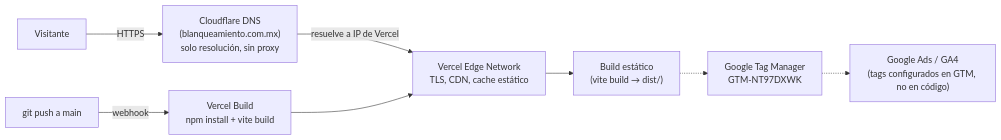
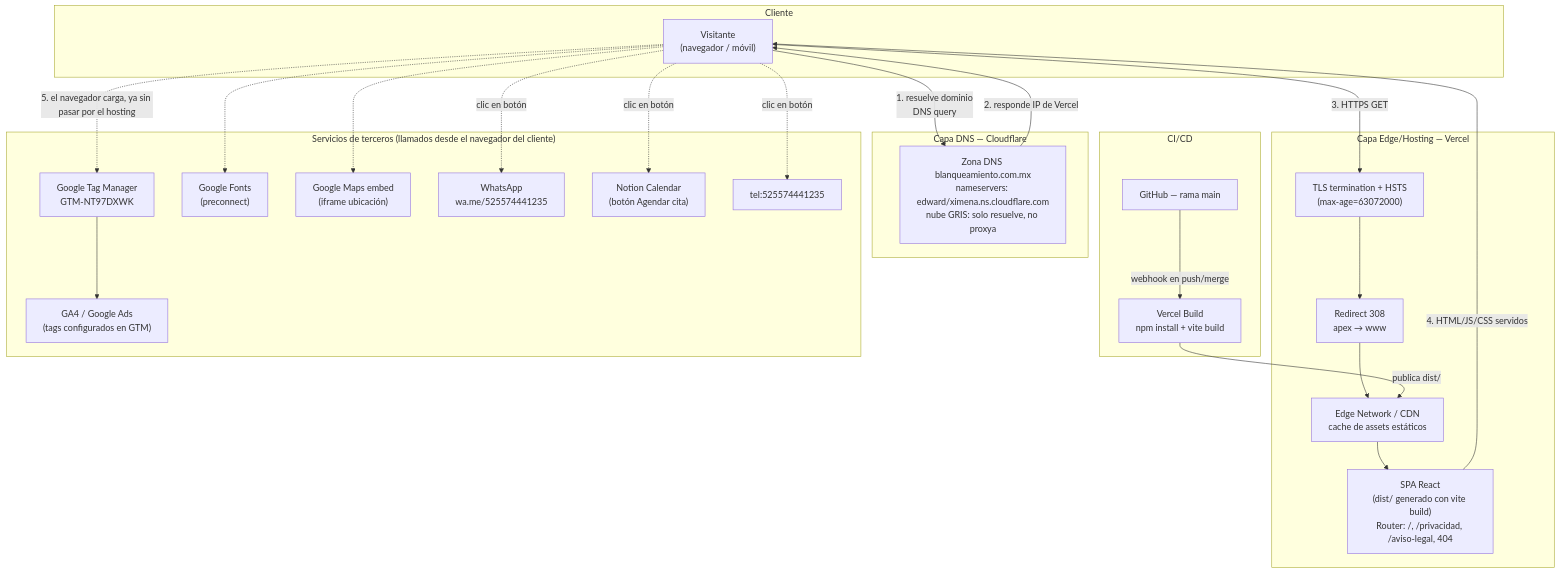
The diagram in README.md (victor117-byte/Blanqueamiento), drawn with Mermaid before and after one commit. The commit also changed other lines of this file, not shown here.

Commit message:
docs: agrega diagrama detallado de arquitectura y flujo de tráfico al README

````diff
--- a/README.md
+++ b/README.md
@@ -39,12 +41,45 @@
 ```mermaid
-flowchart LR
-    U["Visitante"] -->|HTTPS| DNS["Cloudflare DNS\n(blanqueamiento.com.mx)\nsolo resolución, sin proxy"]
-    DNS -->|resuelve a IP de Vercel| EDGE["Vercel Edge Network\nTLS, CDN, cache estático"]
-    EDGE --> STATIC["Build estático\n(vite build → dist/)"]
+flowchart TB
+    subgraph CLIENT["Cliente"]
+        U["Visitante\n(navegador / móvil)"]
+    end
 
-    DEV["git push a main"] -->|webhook| BUILD["Vercel Build\nnpm install + vite build"]
-    BUILD --> EDGE
+    subgraph CFZ["Capa DNS — Cloudflare"]
+        DNS["Zona DNS blanqueamiento.com.mx\nnameservers: edward/ximena.ns.cloudflare.com\nnube GRIS: solo resuelve, no proxya"]
+    end
 
-    STATIC -.-> GTM["Google Tag Manager\nGTM-NT97DXWK"]
-    GTM -.-> GA["Google Ads / GA4\n(tags configurados en GTM, no en código)"]
+    subgraph VERCEL["Capa Edge/Hosting — Vercel"]
+        TLS["TLS termination + HSTS\n(max-age=63072000)"]
+        REDIR["Redirect 308\napex → www"]
+        EDGE["Edge Network / CDN\ncache de assets estáticos"]
+        APP["SPA React\n(dist/ generado con vite build)\nRouter: /, /privacidad, /aviso-legal, 404"]
+        TLS --> REDIR --> EDGE --> APP
+    end
+
+    subgraph CICD["CI/CD"]
+        GH["GitHub — rama main"] -->|webhook en push/merge| BUILD["Vercel Build\nnpm install + vite build"]
+        BUILD -->|publica dist/| EDGE
+    end
+
+    subgraph THIRD["Servicios de terceros (llamados desde el navegador del cliente)"]
+        GTM["Google Tag Manager\nGTM-NT97DXWK"]
+        GA["GA4 / Google Ads\n(tags configurados en GTM)"]
+        FONTS["Google Fonts\n(preconnect)"]
+        MAPS["Google Maps embed\n(iframe ubicación)"]
+        WA["WhatsApp\nwa.me/525574441235"]
+        CAL["Notion Calendar\n(botón Agendar cita)"]
+        TEL["tel:525574441235"]
+        GTM --> GA
+    end
+
+    U -->|1. resuelve dominio\nDNS query| DNS
+    DNS -->|2. responde IP de Vercel| U
+    U -->|3. HTTPS GET| TLS
+    APP -->|4. HTML/JS/CSS servidos| U
+    U -.->|5. el navegador carga, ya sin pasar por el hosting| GTM
+    U -.-> FONTS
+    U -.-> MAPS
+    U -.->|clic en botón| WA
+    U -.->|clic en botón| CAL
+    U -.->|clic en botón| TEL
 ```
````
